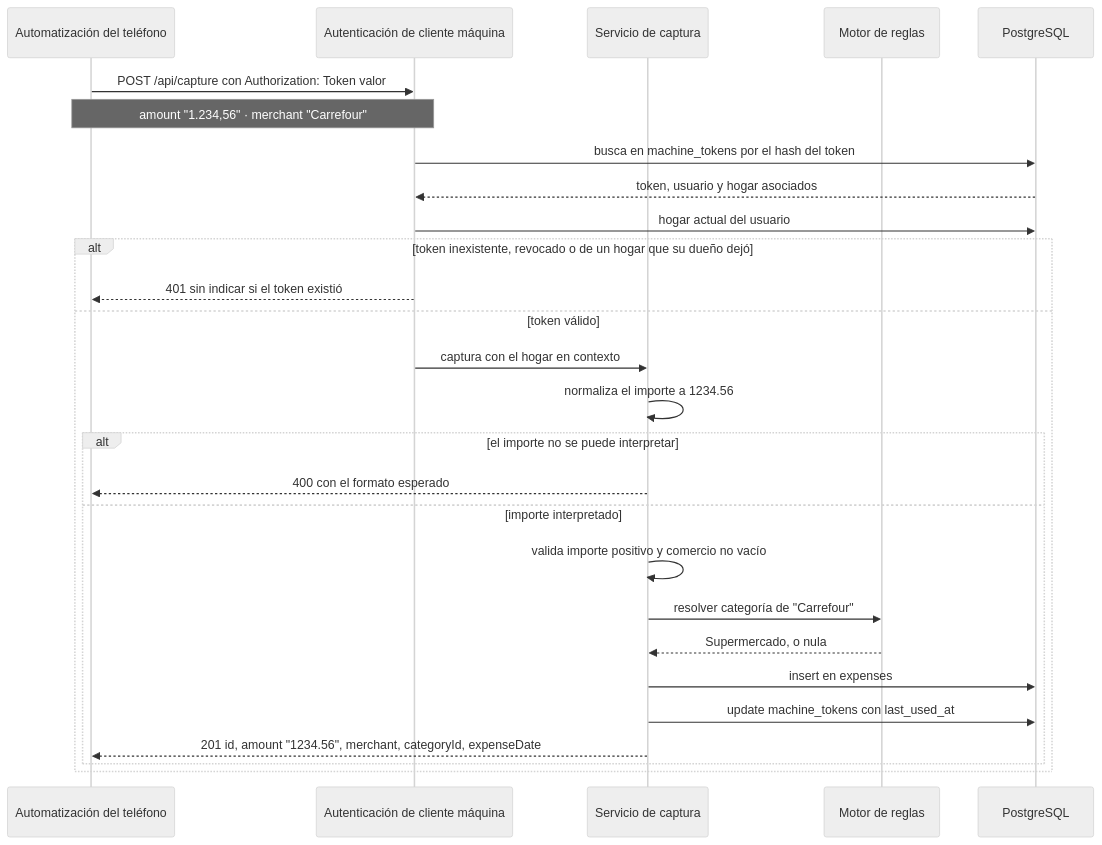
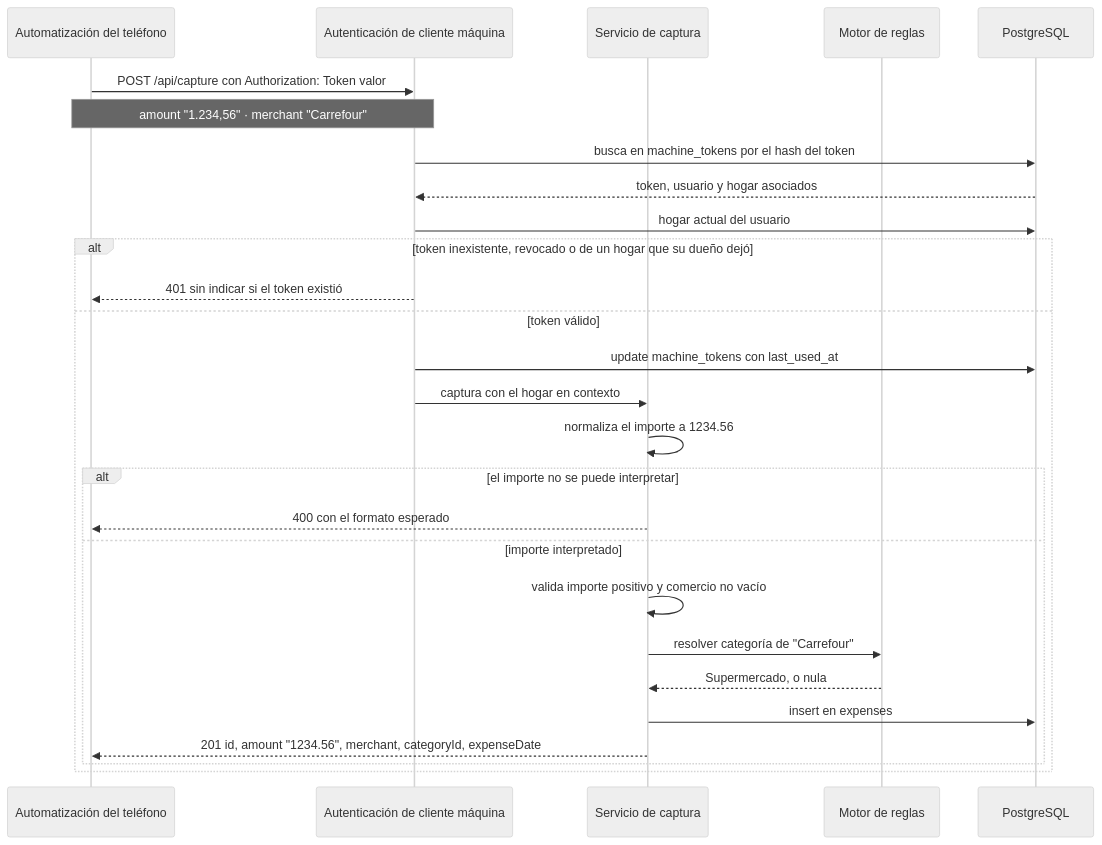
One commit to patorinaldi/gastos changed the tenth of 19 diagrams in docs/diagramas.md. Above: the diagram before and after it, drawn with Mermaid (neutral theme). The commit also changed other lines of this file and 2 other files, not shown here.

````diff
--- a/docs/diagramas.md
+++ b/docs/diagramas.md
@@ -519,32 +519,32 @@
 ```mermaid
 sequenceDiagram
     participant A as Automatización del teléfono
     participant F as Autenticación de cliente máquina
     participant S as Servicio de captura
     participant M as Motor de reglas
     participant DB as PostgreSQL
 
     A->>F: POST /api/capture con Authorization: Token valor
     Note over A,F: amount "1.234,56" · merchant "Carrefour"
     F->>DB: busca en machine_tokens por el hash del token
     DB-->>F: token, usuario y hogar asociados
     F->>DB: hogar actual del usuario
 
     alt token inexistente, revocado o de un hogar que su dueño dejó
         F-->>A: 401 sin indicar si el token existió
     else token válido
+        F->>DB: update machine_tokens con last_used_at
         F->>S: captura con el hogar en contexto
         S->>S: normaliza el importe a 1234.56
 
         alt el importe no se puede interpretar
             S-->>A: 400 con el formato esperado
         else importe interpretado
             S->>S: valida importe positivo y comercio no vacío
             S->>M: resolver categoría de "Carrefour"
             M-->>S: Supermercado, o nula
             S->>DB: insert en expenses
-            S->>DB: update machine_tokens con last_used_at
             S-->>A: 201 id, amount "1234.56", merchant, categoryId, expenseDate
         end
     end
 ```
````
